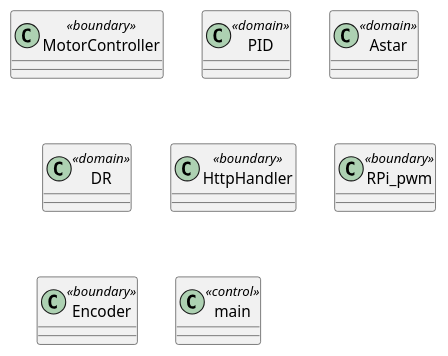
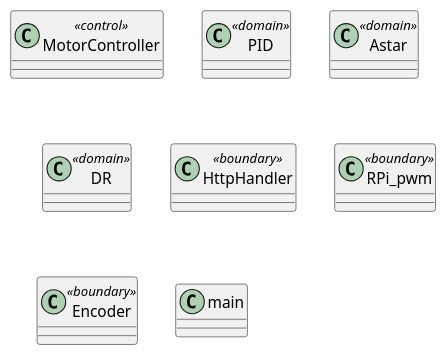
One commit to lineklemensen/PRJ3 changed the diagram in docs/diagrams/Plantuml/apModel/car_cd_empty.puml. Above: the diagram before and after it, drawn with PlantUML. The commit also changed 7 other files, not shown here.

```diff
--- a/docs/diagrams/Plantuml/apModel/car_cd_empty.puml
+++ b/docs/diagrams/Plantuml/apModel/car_cd_empty.puml
@@ -1,43 +1,43 @@
 @startuml CarClasses
 
 skinparam {
     packageStyle rectangle
     Linetype ortho
     ClassAttributeIconSize 0
 }
 
 
-class "MotorController" as mc <<boundary>>
+class "MotorController" as mc <<control>>
 {
 }
 
 class "PID" as pid <<domain>>
 {
 }
 
 class "Astar" as a <<domain>>
 {
 }
 
 class "DR" as dr <<domain>>
 {
 }
 
 class "HttpHandler" as http <<boundary>>
 {
 }
 
 class "RPi_pwm" as rp <<boundary>>
 {
 }
 
 class "Encoder" as enc <<boundary>>
 {
 }
 
-class "main" as m <<control>>
+class "main" as m
 {
 }
 
 
 @enduml
```
